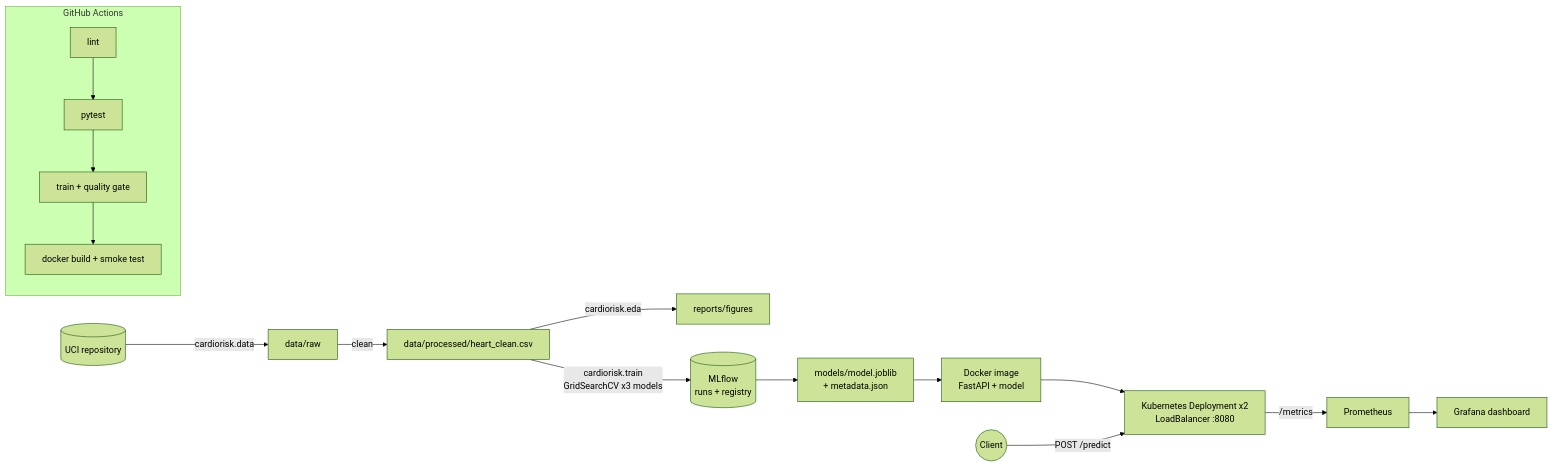
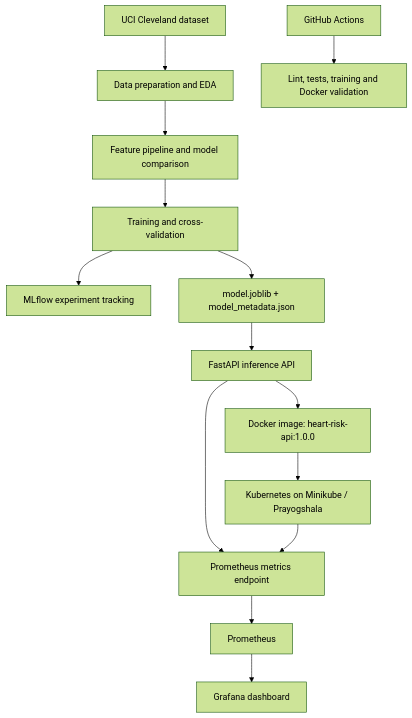
Before and after one commit to piyushshukla1234321/heart-disease-mlops: the diagram in README.md, drawn with Mermaid (forest theme). The commit also changed other lines of this file, not shown here.

````diff
--- a/README.md
+++ b/README.md
@@ -11,15 +15,16 @@
 ```mermaid
-flowchart LR
-    UCI[(UCI repository)] -->|cardiorisk.data| RAW[data/raw]
-    RAW -->|clean| CLEAN[data/processed/heart_clean.csv]
-    CLEAN -->|cardiorisk.eda| FIG[reports/figures]
-    CLEAN -->|cardiorisk.train<br/>GridSearchCV x3 models| MLF[(MLflow<br/>runs + registry)]
-    MLF --> MODEL[models/model.joblib<br/>+ metadata.json]
-    subgraph CI[GitHub Actions]
-      L[lint] --> T[pytest] --> TR[train + quality gate] --> D[docker build + smoke test]
-    end
-    MODEL --> IMG[Docker image<br/>FastAPI + model]
-    IMG --> K8S[Kubernetes Deployment x2<br/>LoadBalancer :8080]
-    K8S -->|/metrics| PROM[Prometheus] --> GRAF[Grafana dashboard]
-    USER((Client)) -->|POST /predict| K8S
+flowchart TD
+    A[UCI Cleveland dataset] --> B[Data preparation and EDA]
+    B --> C[Feature pipeline and model comparison]
+    C --> D[Training and cross-validation]
+    D --> E[MLflow experiment tracking]
+    D --> F[model.joblib + model_metadata.json]
+    F --> G[FastAPI inference API]
+    G --> H[Docker image: heart-risk-api:1.0.0]
+    H --> I[Kubernetes on Minikube / Prayogshala]
+    G --> J[Prometheus metrics endpoint]
+    I --> J
+    J --> K[Prometheus]
+    K --> L[Grafana dashboard]
+    M[GitHub Actions] --> N[Lint, tests, training and Docker validation]
 ```
````
